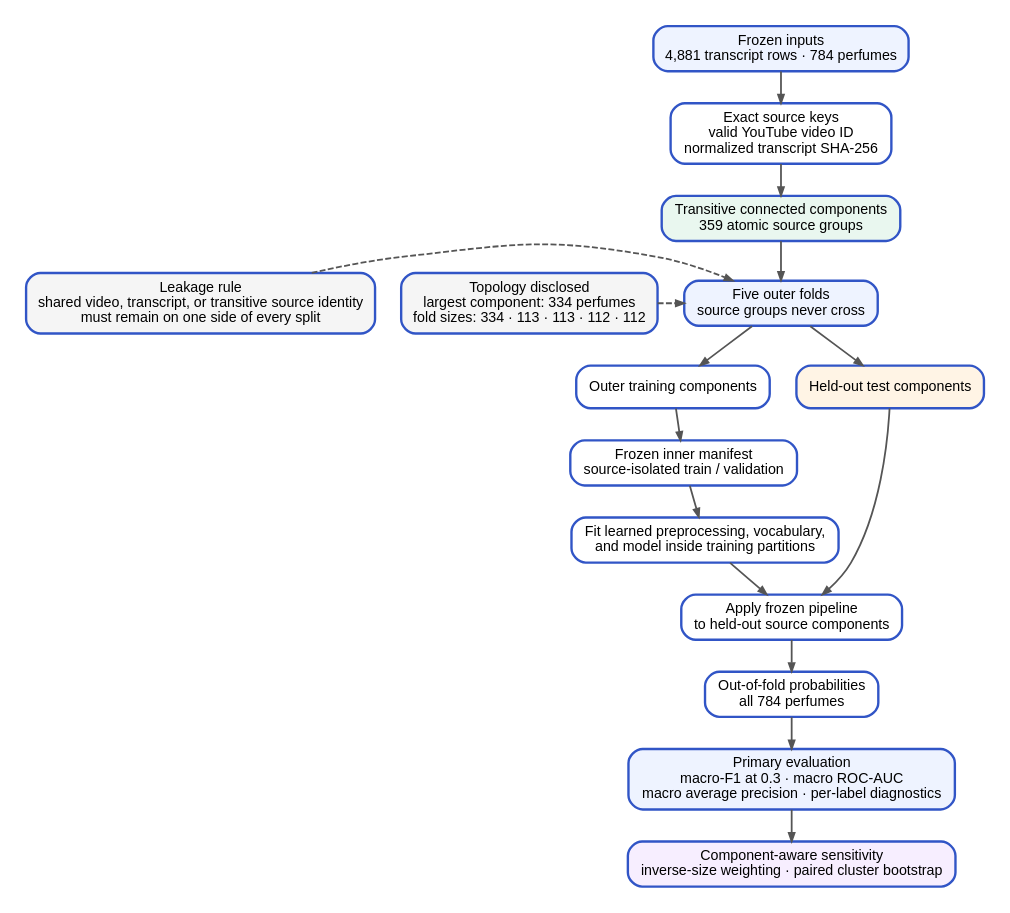
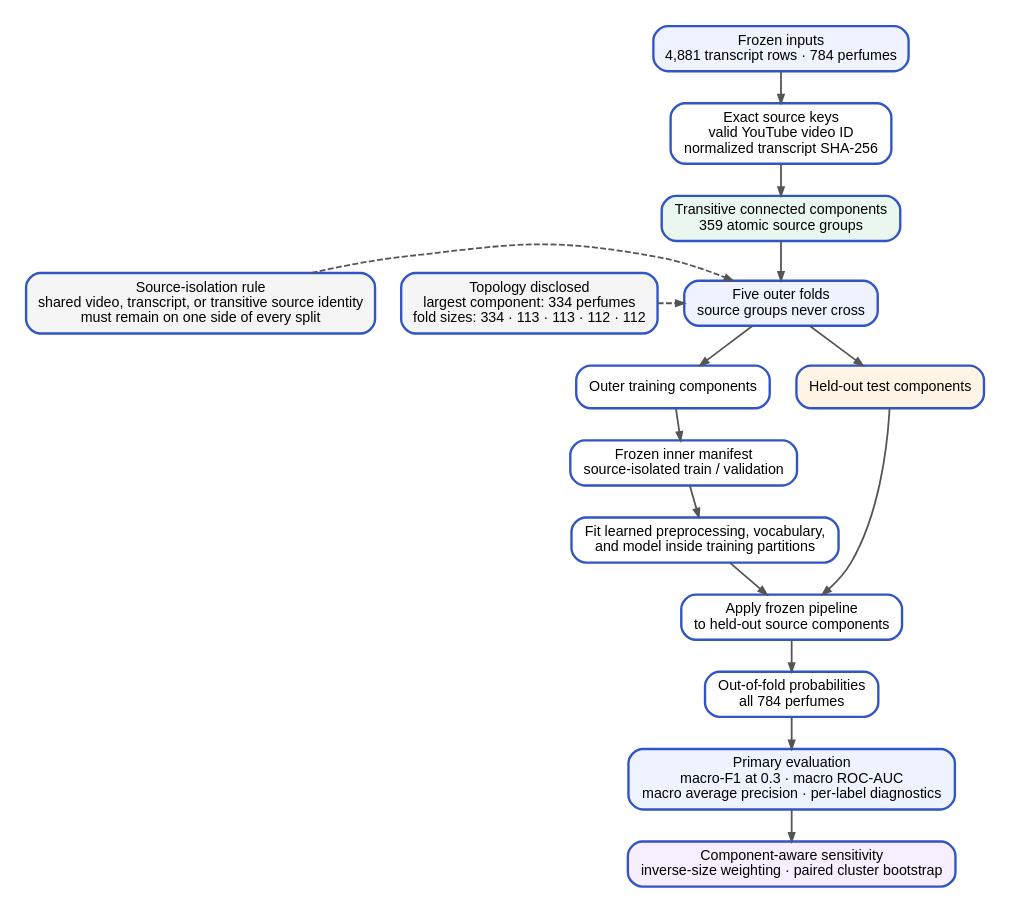
Before and after one commit to ececanga/Sentiment-Analysis-for-Perfume-Reviews: the diagram in docs/thesis/mermaid diagrams/graphviz/figure_3_5_cross_validation_leakage_control.dot, drawn with Graphviz. The commit also changed 85 other files, not shown here.

```diff
--- a/docs/thesis/mermaid diagrams/graphviz/figure_3_5_cross_validation_leakage_control.dot
+++ b/docs/thesis/mermaid diagrams/graphviz/figure_3_5_cross_validation_leakage_control.dot
@@ -1,32 +1,32 @@
 digraph G {
   graph [rankdir=TB, bgcolor="white", pad=0.2, nodesep=0.30, ranksep=0.38, fontname="Arial"];
   node [shape=box, style="rounded,filled", fillcolor="white", color="#3155C6", penwidth=2, fontname="Arial", fontsize=12, margin="0.15,0.09"];
   edge [color="#555555", penwidth=1.5, arrowsize=0.7];
 
   A [label="Frozen inputs\n4,881 transcript rows · 784 perfumes", fillcolor="#EEF3FF"];
   B [label="Exact source keys\nvalid YouTube video ID\nnormalized transcript SHA-256"];
   C [label="Transitive connected components\n359 atomic source groups", fillcolor="#E9F7EF"];
   D [label="Five outer folds\nsource groups never cross", fillcolor="#EEF3FF"];
   E [label="Outer training components"];
   F [label="Held-out test components", fillcolor="#FFF4E5"];
   V [label="Frozen inner manifest\nsource-isolated train / validation"];
   G [label="Fit learned preprocessing, vocabulary,\nand model inside training partitions"];
   H [label="Apply frozen pipeline\nto held-out source components"];
   I [label="Out-of-fold probabilities\nall 784 perfumes"];
   J [label="Primary evaluation\nmacro-F1 at 0.3 · macro ROC-AUC\nmacro average precision · per-label diagnostics", fillcolor="#EEF3FF"];
-  K [label="Leakage rule\nshared video, transcript, or transitive source identity\nmust remain on one side of every split", fillcolor="#F5F5F5"];
+  K [label="Source-isolation rule\nshared video, transcript, or transitive source identity\nmust remain on one side of every split", fillcolor="#F5F5F5"];
   M [label="Topology disclosed\nlargest component: 334 perfumes\nfold sizes: 334 · 113 · 113 · 112 · 112", fillcolor="#F5F5F5"];
   N [label="Component-aware sensitivity\ninverse-size weighting · paired cluster bootstrap", fillcolor="#F7EEFF"];
 
   A -> B -> C -> D;
   D -> E;
   D -> F;
   E -> V -> G -> H;
   F -> H;
   H -> I -> J -> N;
   K -> D [style=dashed];
   M -> D [style=dashed];
 
   {rank=same; K; D; M}
   {rank=same; E; F}
 }
```
